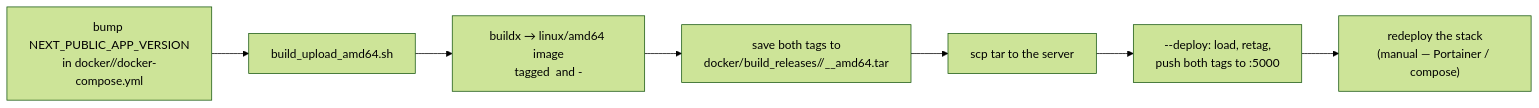
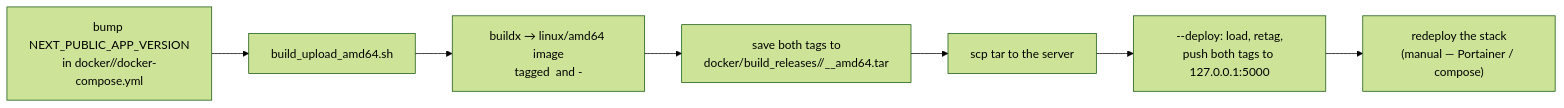
The sixth of 8 diagrams in docs/b2b_ecommerce_docs/_technical_docs/014-Deployment-Architecture.md (LaplaceSoftware/lp_projects_docs), drawn with Mermaid (forest theme) before and after one commit. The commit also changed other lines of this file and 97 other files, not shown here.

````diff
--- a/docs/b2b_ecommerce_docs/_technical_docs/014-Deployment-Architecture.md
+++ b/docs/b2b_ecommerce_docs/_technical_docs/014-Deployment-Architecture.md
@@ -192,9 +192,9 @@
 ```mermaid
 flowchart LR
     A["bump NEXT_PUBLIC_APP_VERSION<br/>in docker/<env>/docker-compose.yml"] --> B["build_upload_amd64.sh"]
     B --> C["buildx → linux/amd64 image<br/>tagged <env> and <env>-<version>"]
     C --> D["save both tags to<br/>docker/build_releases/<env>/<env>_<version>_amd64.tar"]
     D --> E["scp tar to the server"]
-    E --> F["--deploy: load, retag,<br/>push both tags to <registry-host>:5000"]
+    E --> F["--deploy: load, retag,<br/>push both tags to 127.0.0.1:5000"]
     F --> G["redeploy the stack<br/>(manual — Portainer / compose)"]
 ```
````
